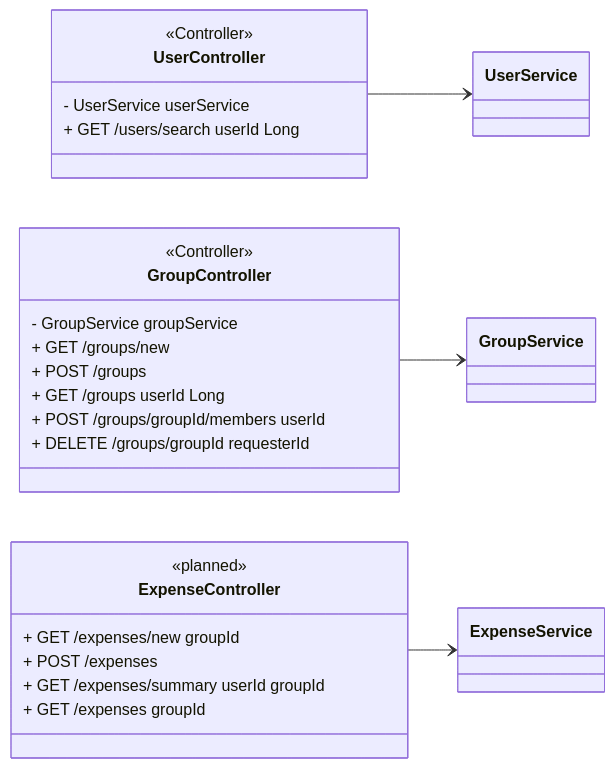
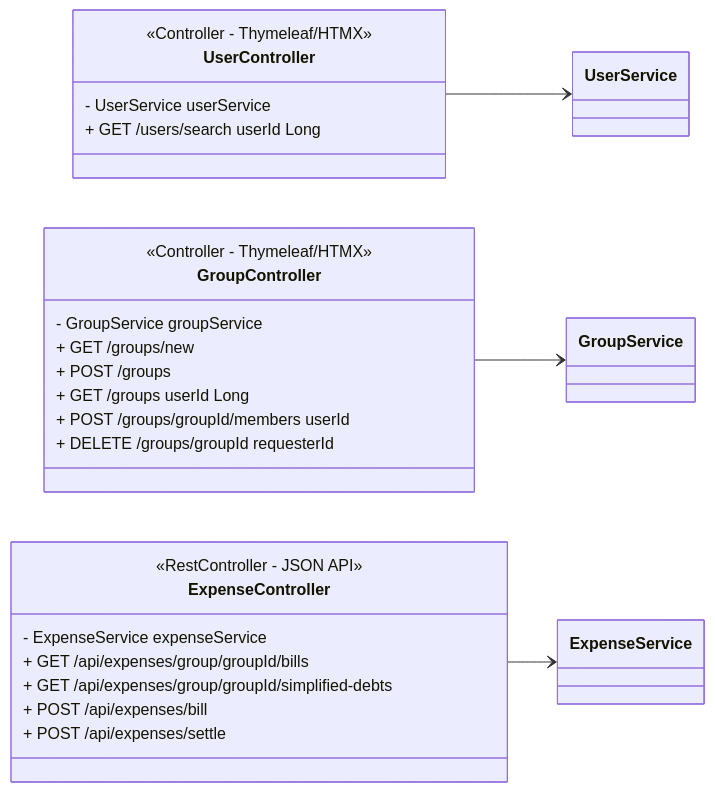
Before and after one commit to emberfox205/teilr: the fourth of 5 diagrams in ClassDiagram.md, drawn with Mermaid. The commit also changed other lines of this file, not shown here.

Commit message:
edit: Class Diagram

````diff
--- a/ClassDiagram.md
+++ b/ClassDiagram.md
@@ -236,32 +220,33 @@
 ```mermaid
 classDiagram
     direction LR
 
     class UserController {
-        <<Controller>>
+        <<Controller - Thymeleaf/HTMX>>
         - UserService userService
         + GET /users/search userId Long
     }
 
     class GroupController {
-        <<Controller>>
+        <<Controller - Thymeleaf/HTMX>>
         - GroupService groupService
         + GET /groups/new
         + POST /groups
         + GET /groups userId Long
         + POST /groups/groupId/members userId
         + DELETE /groups/groupId requesterId
     }
 
     class ExpenseController {
-        <<planned>>
-        + GET /expenses/new groupId
-        + POST /expenses
-        + GET /expenses/summary userId groupId
-        + GET /expenses groupId
+        <<RestController - JSON API>>
+        - ExpenseService expenseService
+        + GET /api/expenses/group/groupId/bills
+        + GET /api/expenses/group/groupId/simplified-debts
+        + POST /api/expenses/bill
+        + POST /api/expenses/settle
     }
 
     UserController --> UserService
     GroupController --> GroupService
     ExpenseController --> ExpenseService
 ```
````
